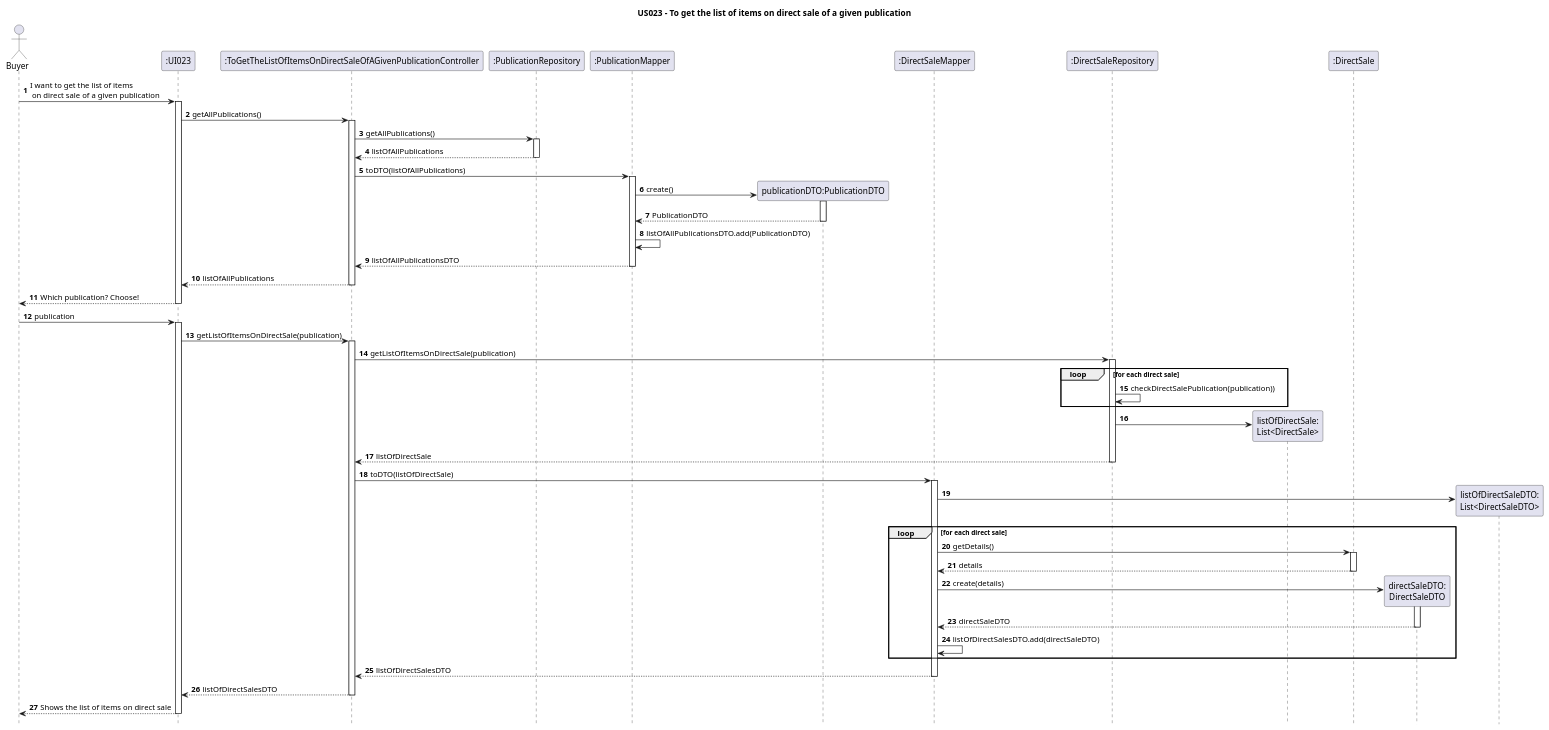
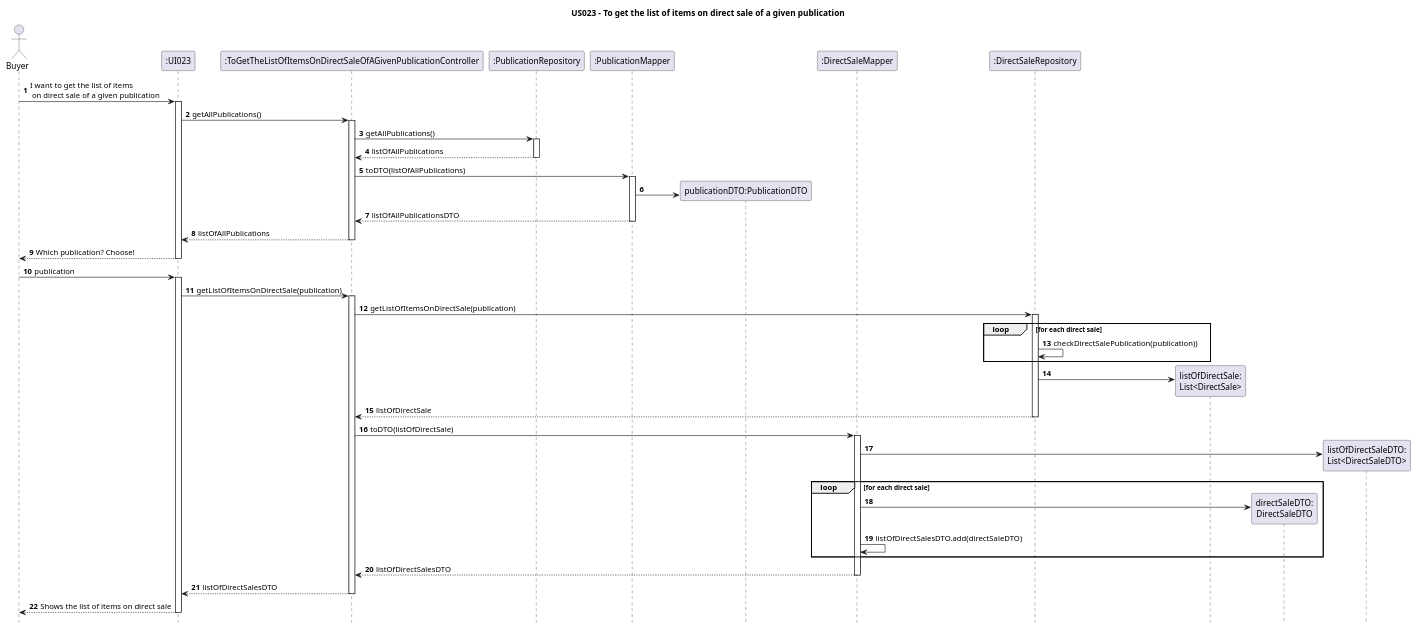
Before and after one commit to AndrePereiraGitH/SWitCH-Project-Team_A: the diagram in Diagrams/SequenceDiagrams/N2/US023-to-get-the-list-of-items-on-direct-sale-of-a-given-publication.puml, drawn with PlantUML. The commit also changed 7 other files, not shown here.

```diff
--- a/Diagrams/SequenceDiagrams/N2/US023-to-get-the-list-of-items-on-direct-sale-of-a-given-publication.puml
+++ b/Diagrams/SequenceDiagrams/N2/US023-to-get-the-list-of-items-on-direct-sale-of-a-given-publication.puml
@@ -1,93 +1,82 @@
 @startuml
 
 hide footbox
 autonumber
 title US023 - To get the list of items on direct sale of a given publication
 
 actor Buyer
 
 ' Participants
 participant ":UI023" as UI023
 participant ":ToGetTheListOfItemsOnDirectSaleOfAGivenPublicationController" as Ctrl
 participant ":PublicationRepository" as PublicationRepository
 participant ":PublicationMapper" as PubMapper
 participant "publicationDTO:PublicationDTO" as PubDTO
 participant ":DirectSaleMapper" as Mapper
 participant ":DirectSaleRepository" as DirectSaleRepository
 participant "listOfDirectSale:\nList<DirectSale>" as ListDS
-participant ":DirectSale" as DSDomain
+'participant ":DirectSale" as DSDomain
 participant "directSaleDTO:\nDirectSaleDTO" as DTO
 participant "listOfDirectSaleDTO:\nList<DirectSaleDTO>" as ListDTO
 
 
 ' Interactions
 Buyer -> UI023 : I want to get the list of items\n on direct sale of a given publication
 activate UI023
 UI023 -> Ctrl : getAllPublications()
 activate Ctrl
 Ctrl -> PublicationRepository: getAllPublications()
 activate PublicationRepository
 PublicationRepository --> Ctrl: listOfAllPublications
 deactivate PublicationRepository
 
 Ctrl -> PubMapper: toDTO(listOfAllPublications)
 activate PubMapper
 'PubMapper -> PubDTO
-PubMapper -> PubDTO ** : create()
-activate PubDTO
-PubDTO --> PubMapper: PublicationDTO
-deactivate PubDTO
-PubMapper -> PubMapper : listOfAllPublicationsDTO.add(PublicationDTO)
+PubMapper -> PubDTO **
 PubMapper --> Ctrl: listOfAllPublicationsDTO
 deactivate PubMapper
 
 Ctrl --> UI023 : listOfAllPublications
 deactivate Ctrl
 Buyer <-- UI023 : Which publication? Choose!
 deactivate UI023
 Buyer -> UI023 : publication
 activate UI023
 
 UI023 -> Ctrl : getListOfItemsOnDirectSale(publication)
 activate Ctrl
 
 Ctrl -> DirectSaleRepository : getListOfItemsOnDirectSale(publication)
 activate DirectSaleRepository
 
 loop for each direct sale
     DirectSaleRepository -> DirectSaleRepository : checkDirectSalePublication(publication))
 end
 
 DirectSaleRepository -> ListDS ** :
 DirectSaleRepository --> Ctrl : listOfDirectSale
 
 deactivate DirectSaleRepository
 
 Ctrl -> Mapper : toDTO(listOfDirectSale)
 activate Mapper
 Mapper -> ListDTO ** :
 
     loop for each direct sale
-        Mapper -> DSDomain : getDetails()
-        activate DSDomain
-        DSDomain --> Mapper : details
-        deactivate DSDomain
 
-        Mapper -> DTO ** : create(details)
-        activate DTO
-        DTO --> Mapper : directSaleDTO
-        deactivate DTO
+        Mapper -> DTO **
 
         Mapper -> Mapper : listOfDirectSalesDTO.add(directSaleDTO)
     end
 
 Mapper --> Ctrl : listOfDirectSalesDTO
 deactivate Mapper
 
 Ctrl --> UI023 : listOfDirectSalesDTO
 deactivate Ctrl
 
 UI023 --> Buyer : Shows the list of items on direct sale
 deactivate UI023
 
 @enduml
```
